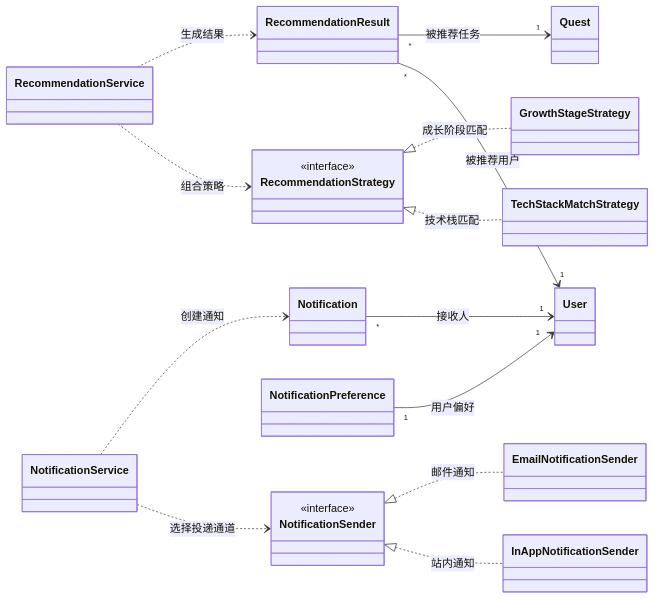
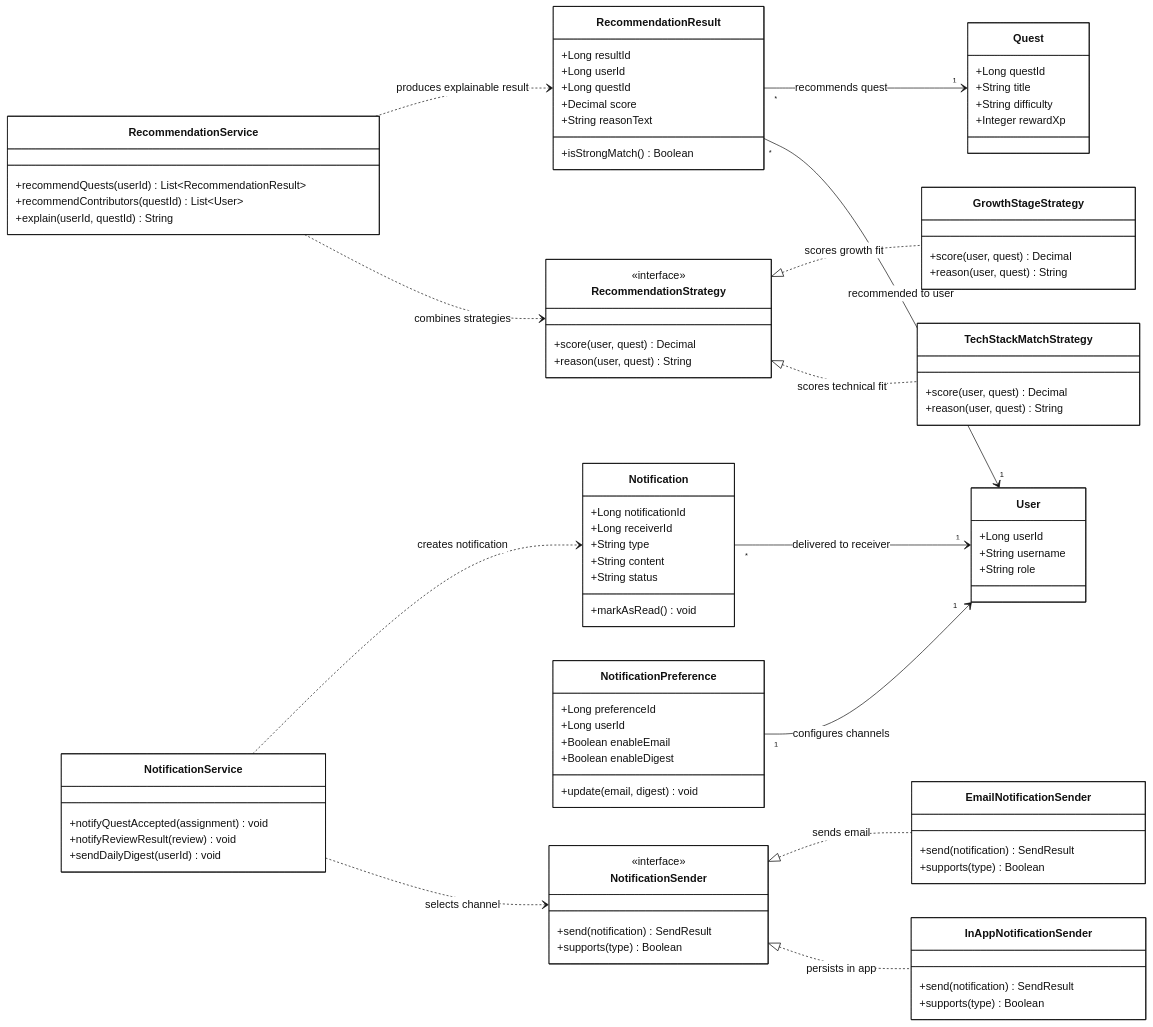
Before and after one commit to ZhenchangMin/Git-Guild: the fourth of 4 diagrams in docs/P3/核心类图.md, drawn with Mermaid. The commit also changed other lines of this file, not shown here.

Commit message:
修改核心类图

````diff
--- a/docs/P3/核心类图.md
+++ b/docs/P3/核心类图.md
@@ -144,36 +379,101 @@
 ```mermaid
+%%{init: {"theme": "base", "themeVariables": {"primaryColor": "#ffffff", "primaryTextColor": "#111111", "primaryBorderColor": "#111111", "lineColor": "#111111", "secondaryColor": "#f7f7f7", "tertiaryColor": "#ffffff"}}}%%
 classDiagram
     direction LR
 
-    class User
-    class Quest
+    class User {
+        +Long userId
+        +String username
+        +String role
+    }
+
+    class Quest {
+        +Long questId
+        +String title
+        +String difficulty
+        +Integer rewardXp
+    }
+
     class RecommendationStrategy {
         <<interface>>
+        +score(user, quest) Decimal
+        +reason(user, quest) String
     }
-    class TechStackMatchStrategy
-    class GrowthStageStrategy
-    class RecommendationResult
-    class RecommendationService
-    class Notification
-    class NotificationPreference
+
+    class TechStackMatchStrategy {
+        +score(user, quest) Decimal
+        +reason(user, quest) String
+    }
+
+    class GrowthStageStrategy {
+        +score(user, quest) Decimal
+        +reason(user, quest) String
+    }
+
+    class RecommendationResult {
+        +Long resultId
+        +Long userId
+        +Long questId
+        +Decimal score
+        +String reasonText
+        +isStrongMatch() Boolean
+    }
+
+    class RecommendationService {
+        +recommendQuests(userId) List~RecommendationResult~
+        +recommendContributors(questId) List~User~
+        +explain(userId, questId) String
+    }
+
+    class Notification {
+        +Long notificationId
+        +Long receiverId
+        +String type
+        +String content
+        +String status
+        +markAsRead() void
+    }
+
+    class NotificationPreference {
+        +Long preferenceId
+        +Long userId
+        +Boolean enableEmail
+        +Boolean enableDigest
+        +update(email, digest) void
+    }
+
     class NotificationSender {
         <<interface>>
+        +send(notification) SendResult
+        +supports(type) Boolean
     }
-    class InAppNotificationSender
-    class EmailNotificationSender
-    class NotificationService
 
-    RecommendationStrategy <|.. TechStackMatchStrategy : 技术栈匹配
-    RecommendationStrategy <|.. GrowthStageStrategy : 成长阶段匹配
-    RecommendationService ..> RecommendationStrategy : 组合策略
-    RecommendationService ..> RecommendationResult : 生成结果
-    RecommendationResult "*" --> "1" User : 被推荐用户
-    RecommendationResult "*" --> "1" Quest : 被推荐任务
+    class InAppNotificationSender {
+        +send(notification) SendResult
+        +supports(type) Boolean
+    }
 
-    Notification "*" --> "1" User : 接收人
-    NotificationPreference "1" --> "1" User : 用户偏好
-    NotificationSender <|.. InAppNotificationSender : 站内通知
-    NotificationSender <|.. EmailNotificationSender : 邮件通知
-    NotificationService ..> NotificationSender : 选择投递通道
-    NotificationService ..> Notification : 创建通知
+    class EmailNotificationSender {
+        +send(notification) SendResult
+        +supports(type) Boolean
+    }
+
+    class NotificationService {
+        +notifyQuestAccepted(assignment) void
+        +notifyReviewResult(review) void
+        +sendDailyDigest(userId) void
+    }
+
+    RecommendationStrategy <|.. TechStackMatchStrategy : scores technical fit
+    RecommendationStrategy <|.. GrowthStageStrategy : scores growth fit
+    RecommendationService ..> RecommendationStrategy : combines strategies
+    RecommendationService ..> RecommendationResult : produces explainable result
+    RecommendationResult "*" --> "1" User : recommended to user
+    RecommendationResult "*" --> "1" Quest : recommends quest
+    Notification "*" --> "1" User : delivered to receiver
+    NotificationPreference "1" --> "1" User : configures channels
+    NotificationSender <|.. InAppNotificationSender : persists in app
+    NotificationSender <|.. EmailNotificationSender : sends email
+    NotificationService ..> NotificationSender : selects channel
+    NotificationService ..> Notification : creates notification
 ```
````
